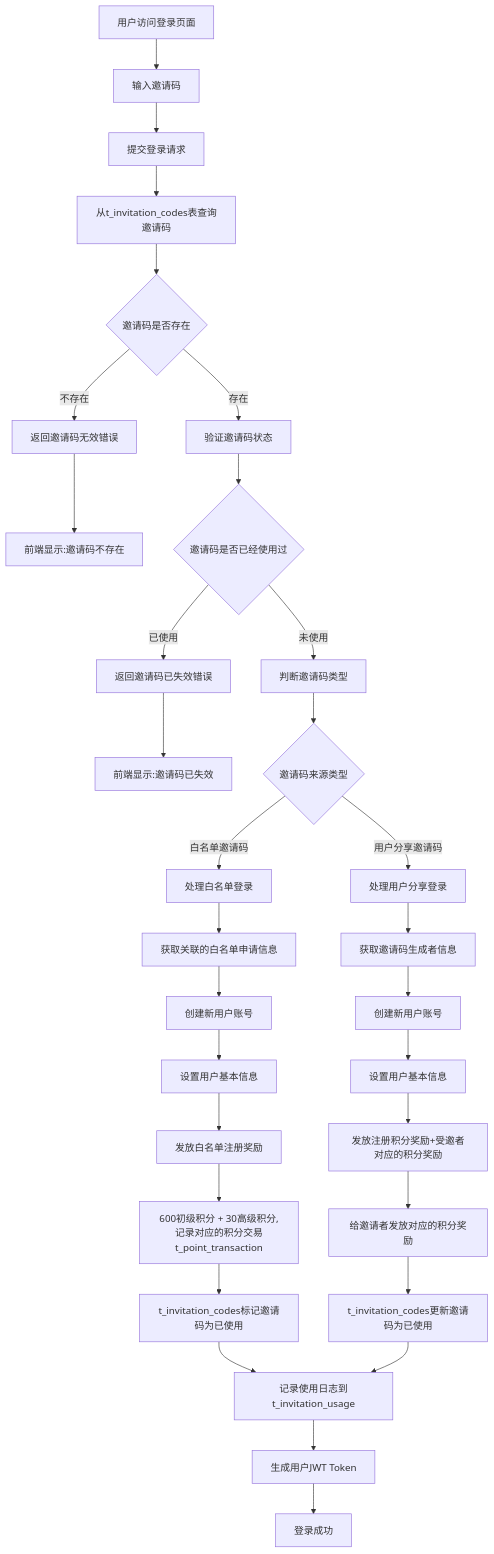
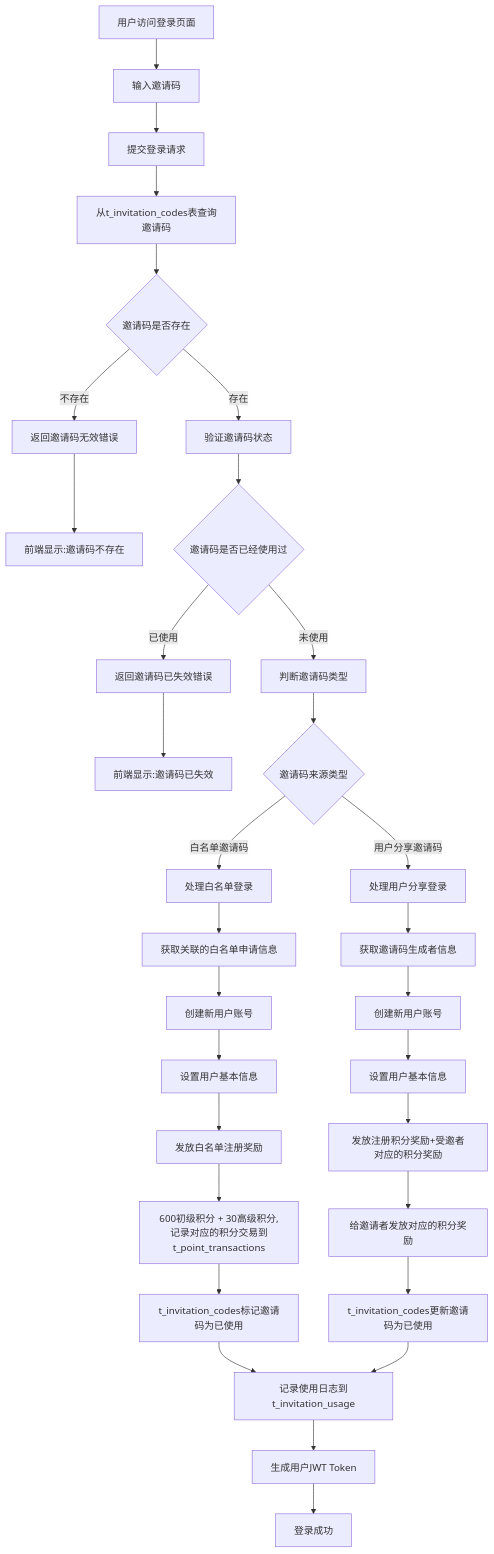
The diagram in all/未命名-74.md (yingjianzh/iodraw-files), drawn with Mermaid before and after one commit.

Commit message:
2025-07-07 14:02:37 update

````diff
--- a/all/未命名-74.md
+++ b/all/未命名-74.md
@@ -1,40 +1,40 @@
 ```mermaid
 
 flowchart TD
     A[用户访问登录页面] --> B[输入邀请码]
     B --> E[提交登录请求]
     E --> H[从t_invitation_codes表查询邀请码]
     H --> I{邀请码是否存在}
     I -->|不存在| J[返回邀请码无效错误]
     J --> K[前端显示:邀请码不存在]
     
     I -->|存在| L[验证邀请码状态]
     L --> M{邀请码是否已经使用过}
     M -->|已使用| N[返回邀请码已失效错误]
     N --> O[前端显示:邀请码已失效]
     
     M -->|未使用| X[判断邀请码类型]
     X --> Y{邀请码来源类型}
     
     Y -->|白名单邀请码| Z[处理白名单登录]
     Z --> Z1[获取关联的白名单申请信息]
     Z1 --> Z2[创建新用户账号]
     Z2 --> Z3[设置用户基本信息]
     Z3 --> Z4[发放白名单注册奖励]
-    Z4 --> Z5[600初级积分 + 30高级积分,记录对应的积分交易t_point_transaction]
+    Z4 --> Z5[600初级积分 + 30高级积分,记录对应的积分交易到t_point_transactions]
     Z5 --> Z6[t_invitation_codes标记邀请码为已使用]
     Z6 --> AA[记录使用日志到t_invitation_usage]
     
     Y -->|用户分享邀请码| BB[处理用户分享登录]
     BB --> BB1[获取邀请码生成者信息]
     BB1 --> BB2[创建新用户账号]
     BB2 --> BB3[设置用户基本信息]
     BB3 --> BB4[发放注册积分奖励+受邀者对应的积分奖励]
     BB4 --> BB5[给邀请者发放对应的积分奖励]
     BB5 --> BB6[t_invitation_codes更新邀请码为已使用]
     BB6 --> AA
     
     AA --> CC[生成用户JWT Token]
     CC --> DD[登录成功]  
 
 ```
````
